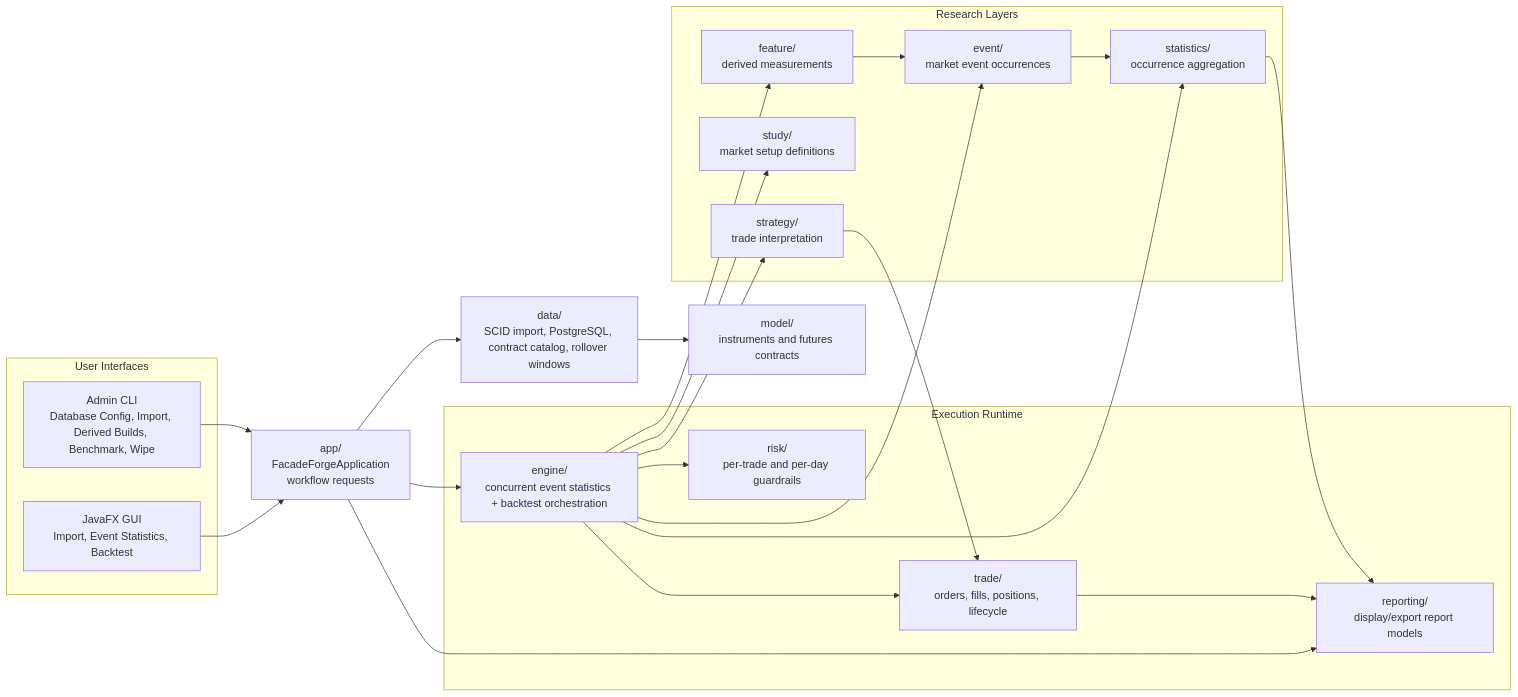
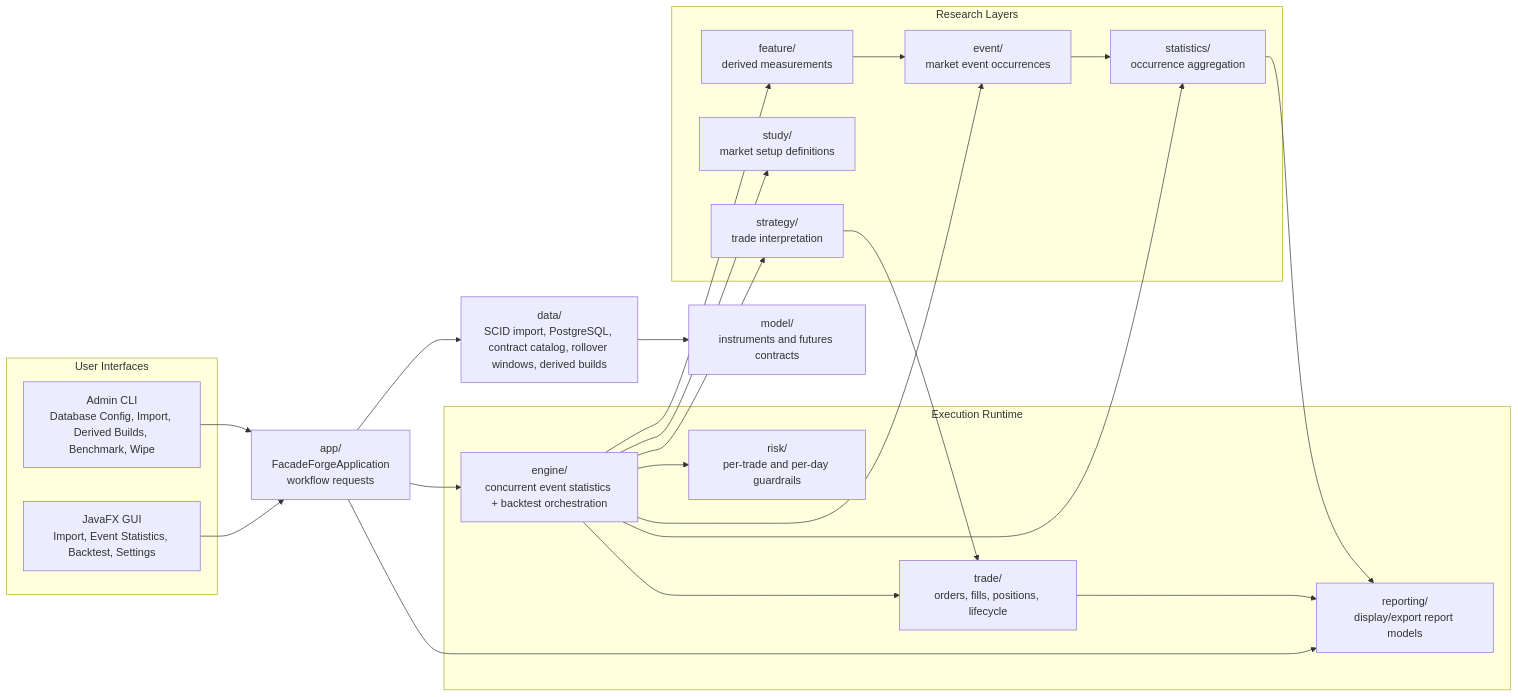
One commit to probst-paul/FORGE changed the diagram in docs/diagrams/architecture-overview.md. Above: the diagram before and after it, drawn with Mermaid. The commit also changed 4 other files, not shown here.

First line of the commit message:
Update docs diagrams for import, DB, and UI changes

````diff
--- a/docs/diagrams/architecture-overview.md
+++ b/docs/diagrams/architecture-overview.md
@@ -3,46 +3,46 @@
 ```mermaid
 flowchart LR
     subgraph UI["User Interfaces"]
-        GUI["JavaFX GUI<br/>Import, Event Statistics, Backtest"]
+        GUI["JavaFX GUI<br/>Import, Event Statistics, Backtest, Settings"]
         CLI["Admin CLI<br/>Database Config, Import, Derived Builds, Benchmark, Wipe"]
     end
 
     APP["app/<br/>FacadeForgeApplication<br/>workflow requests"]
 
     subgraph Research["Research Layers"]
         FEATURE["feature/<br/>derived measurements"]
         EVENT["event/<br/>market event occurrences"]
         STUDY["study/<br/>market setup definitions"]
         STATS["statistics/<br/>occurrence aggregation"]
         STRATEGY["strategy/<br/>trade interpretation"]
     end
 
     subgraph Runtime["Execution Runtime"]
         ENGINE["engine/<br/>concurrent event statistics + backtest orchestration"]
         TRADE["trade/<br/>orders, fills, positions, lifecycle"]
         RISK["risk/<br/>per-trade and per-day guardrails"]
         REPORTING["reporting/<br/>display/export report models"]
     end
 
-    DATA["data/<br/>SCID import, PostgreSQL, contract catalog, rollover windows"]
+    DATA["data/<br/>SCID import, PostgreSQL, contract catalog, rollover windows, derived builds"]
     MODEL["model/<br/>instruments and futures contracts"]
 
     GUI --> APP
     CLI --> APP
     APP --> DATA
     APP --> ENGINE
     APP --> REPORTING
     ENGINE --> FEATURE
     ENGINE --> EVENT
     ENGINE --> STUDY
     ENGINE --> STATS
     ENGINE --> STRATEGY
     ENGINE --> TRADE
     ENGINE --> RISK
     DATA --> MODEL
     FEATURE --> EVENT
     EVENT --> STATS
     STRATEGY --> TRADE
     TRADE --> REPORTING
     STATS --> REPORTING
 ```
````
